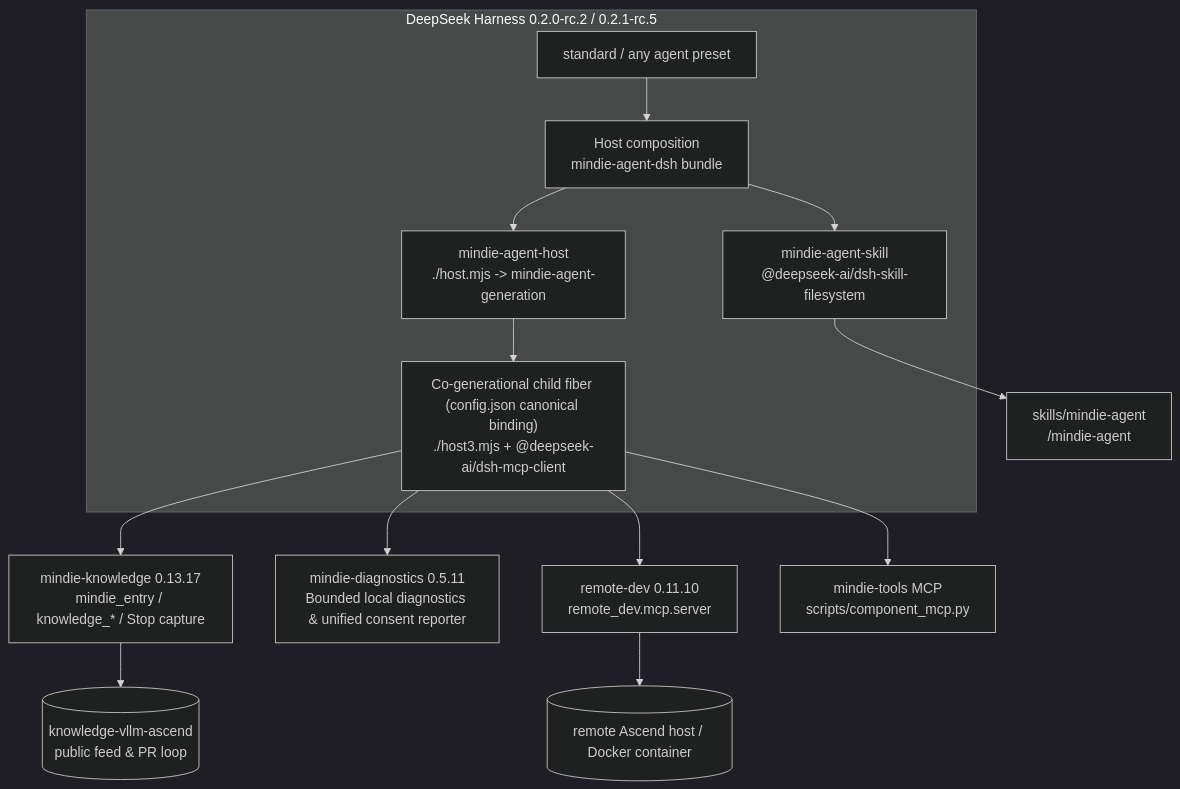
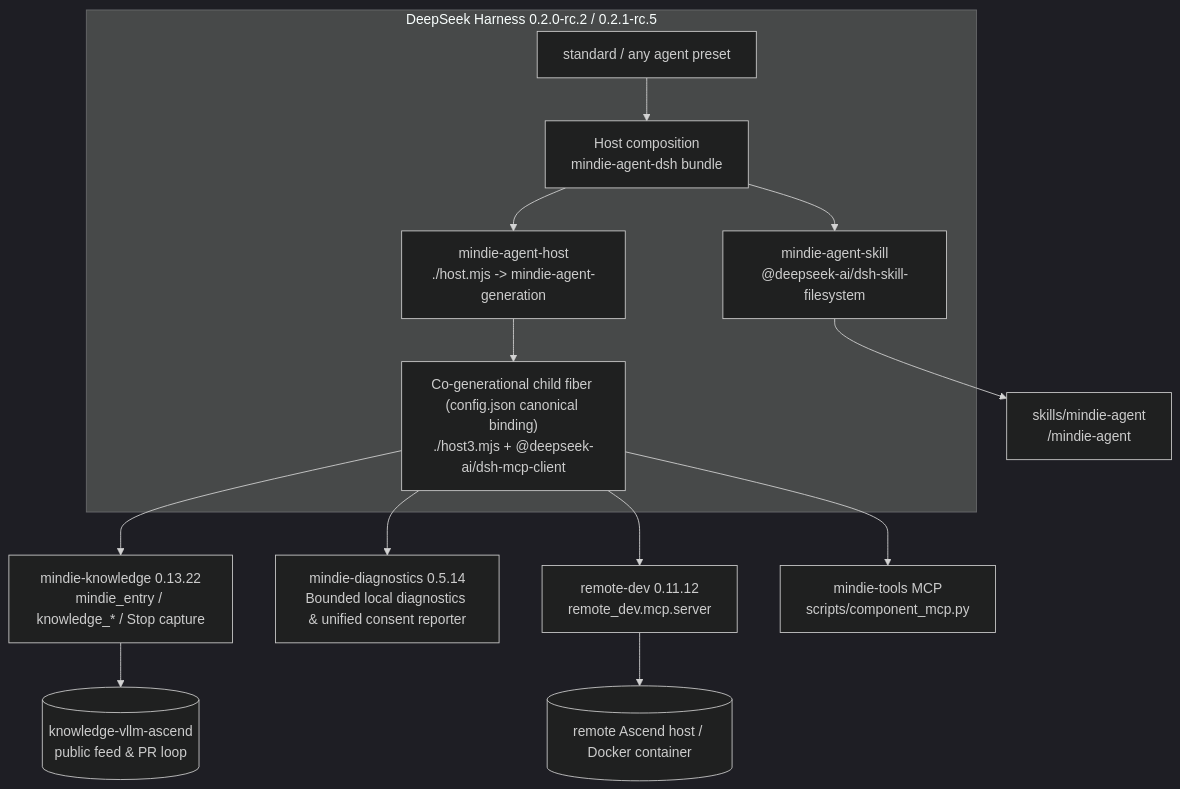
The diagram in README.en.md (mindie-agent/mindie-agent-dsh), drawn with Mermaid (dark theme) before and after one commit. The commit also changed other lines of this file and 28 other files, not shown here.

````diff
--- a/README.en.md
+++ b/README.en.md
@@ -168,21 +168,21 @@
 ```mermaid
 flowchart TB
   subgraph DSH["DeepSeek Harness 0.2.0-rc.2 / 0.2.1-rc.5"]
     HOST["Host composition<br/>mindie-agent-dsh bundle"]
     STD["standard / any agent preset"]
     SKILL["mindie-agent-skill<br/>@deepseek-ai/dsh-skill-filesystem"]
     HPLUG["mindie-agent-host<br/>./host.mjs -> mindie-agent-generation"]
     GEN["Co-generational child fiber (config.json canonical binding)<br/>./host3.mjs + @deepseek-ai/dsh-mcp-client"]
     STD --> HOST
     HOST --> SKILL
     HOST --> HPLUG
     HPLUG --> GEN
   end
   SKILL --> SK["skills/mindie-agent<br/>/mindie-agent"]
-  GEN --> KS["mindie-knowledge 0.13.17<br/>mindie_entry / knowledge_* / Stop capture"]
-  GEN --> DIAG["mindie-diagnostics 0.5.11<br/>Bounded local diagnostics & unified consent reporter"]
+  GEN --> KS["mindie-knowledge 0.13.22<br/>mindie_entry / knowledge_* / Stop capture"]
+  GEN --> DIAG["mindie-diagnostics 0.5.14<br/>Bounded local diagnostics & unified consent reporter"]
   KS --> FEED[("knowledge-vllm-ascend<br/>public feed & PR loop")]
-  GEN --> RD["remote-dev 0.11.10<br/>remote_dev.mcp.server"]
+  GEN --> RD["remote-dev 0.11.12<br/>remote_dev.mcp.server"]
   GEN --> MT["mindie-tools MCP<br/>scripts/component_mcp.py"]
   RD --> NPU[("remote Ascend host / Docker container")]
 ```
````
